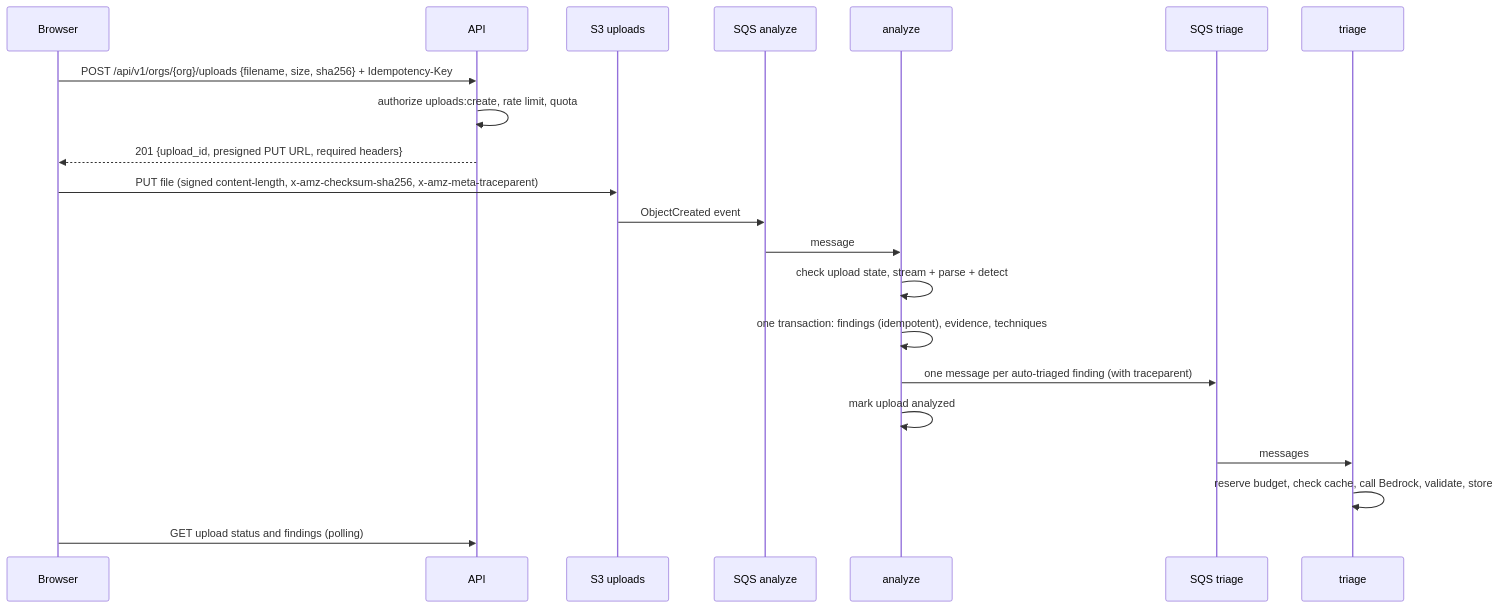
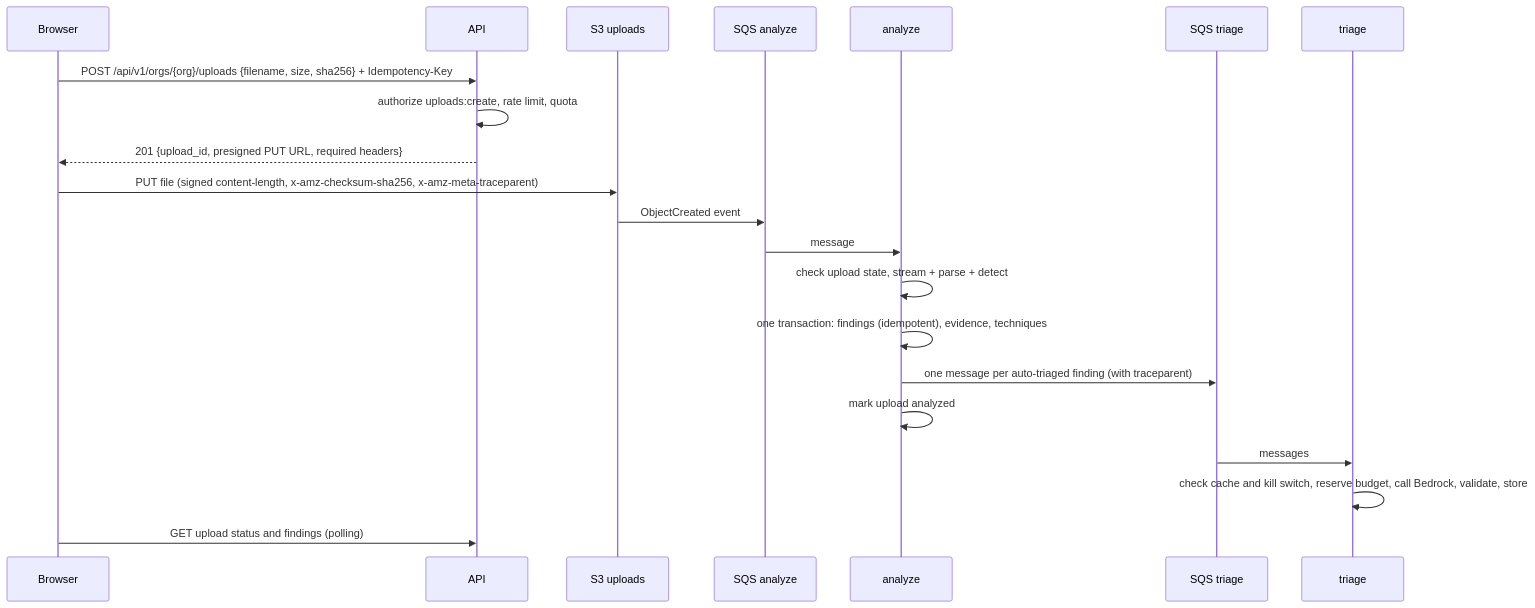
The third of 3 diagrams in docs/superpowers/specs/2026-09-26-nettriage-m1-design.md (khajdar1/nettriage), drawn with Mermaid before and after one commit. The commit also changed other lines of this file and 56 other files, not shown here.

First line of the commit message:
Plan 5b: AI triage live on Bedrock (gpt-oss-20b in Stockholm, the triage queue and worker, automatic triage of each upload's top 20, the AI kill switch, the $5 cutoff, the latest analysis in a finding) (#13)

````diff
--- a/docs/superpowers/specs/2026-09-26-nettriage-m1-design.md
+++ b/docs/superpowers/specs/2026-09-26-nettriage-m1-design.md
@@ -214,23 +215,23 @@
 ```mermaid
 sequenceDiagram
   participant B as Browser
   participant A as API
   participant S as S3 uploads
   participant QA as SQS analyze
   participant AN as analyze
   participant QT as SQS triage
   participant T as triage
   B->>A: POST /api/v1/orgs/{org}/uploads {filename, size, sha256} + Idempotency-Key
   A->>A: authorize uploads:create, rate limit, quota
   A-->>B: 201 {upload_id, presigned PUT URL, required headers}
   B->>S: PUT file (signed content-length, x-amz-checksum-sha256, x-amz-meta-traceparent)
   S->>QA: ObjectCreated event
   QA->>AN: message
   AN->>AN: check upload state, stream + parse + detect
   AN->>AN: one transaction: findings (idempotent), evidence, techniques
   AN->>QT: one message per auto-triaged finding (with traceparent)
   AN->>AN: mark upload analyzed
   QT->>T: messages
-  T->>T: reserve budget, check cache, call Bedrock, validate, store
+  T->>T: check cache and kill switch, reserve budget, call Bedrock, validate, store
   B->>A: GET upload status and findings (polling)
 ```
````
